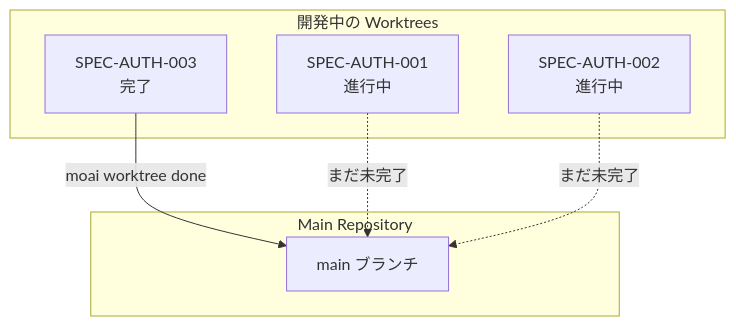
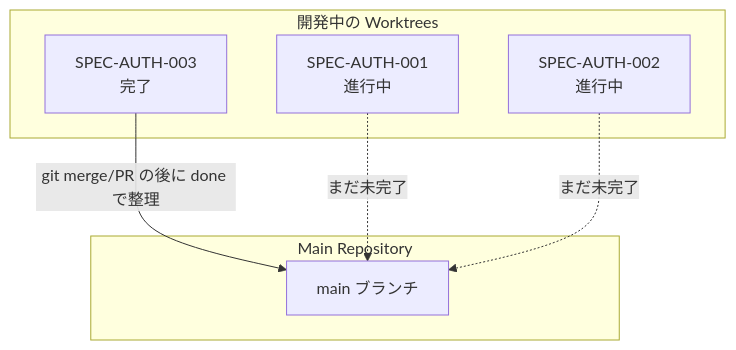
The fifth of 6 diagrams in docs-site/content/ja/worktree/_index.md (modu-ai/moai-adk), drawn with Mermaid before and after one commit. The commit also changed other lines of this file and 35 other files, not shown here.

````diff
--- a/docs-site/content/ja/worktree/_index.md
+++ b/docs-site/content/ja/worktree/_index.md
@@ -244,16 +246,16 @@
 ```mermaid
 flowchart TB
     subgraph Development["開発中の Worktrees"]
         D1[SPEC-AUTH-001<br/>進行中]
         D2[SPEC-AUTH-002<br/>進行中]
         D3[SPEC-AUTH-003<br/>完了]
     end
 
     subgraph Main["Main Repository"]
         M[main ブランチ]
     end
 
-    D3 -->|moai worktree done| M
+    D3 -->|git merge/PR の後に done で整理| M
     D1 -.->|まだ未完了| M
     D2 -.->|まだ未完了| M
 ```
````
